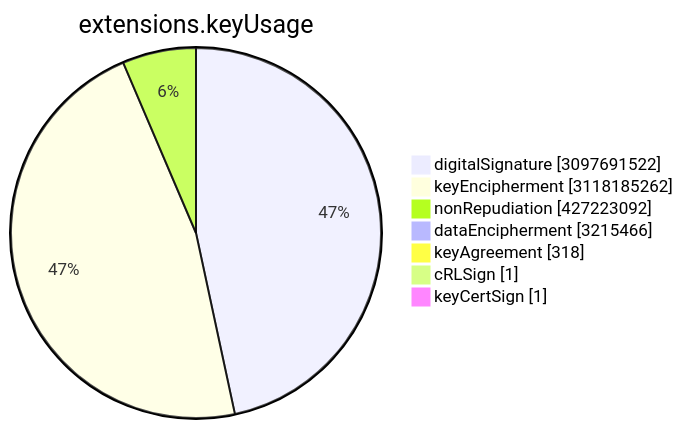
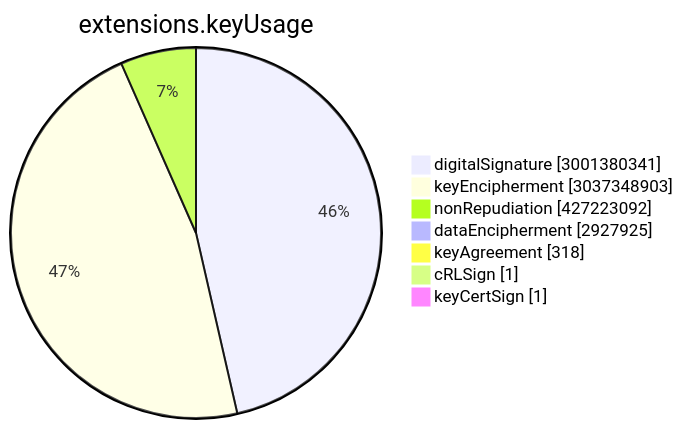
The sixth of 15 diagrams in TOTAL/README.md (christiankrug/ctmonitor_visualization), drawn with Mermaid before and after one commit. The commit also changed other lines of this file, not shown here.

````diff
--- a/TOTAL/README.md
+++ b/TOTAL/README.md
@@ -3075,11 +3074,11 @@
 ```mermaid
 pie showData
 title extensions.keyUsage
-"digitalSignature" :3097691522
-"keyEncipherment" :3118185262
+"digitalSignature" :3001380341
+"keyEncipherment" :3037348903
 "nonRepudiation" :427223092
-"dataEncipherment" :3215466
+"dataEncipherment" :2927925
 "keyAgreement" :318
 "cRLSign" :1
 "keyCertSign" :1
 ```
````
